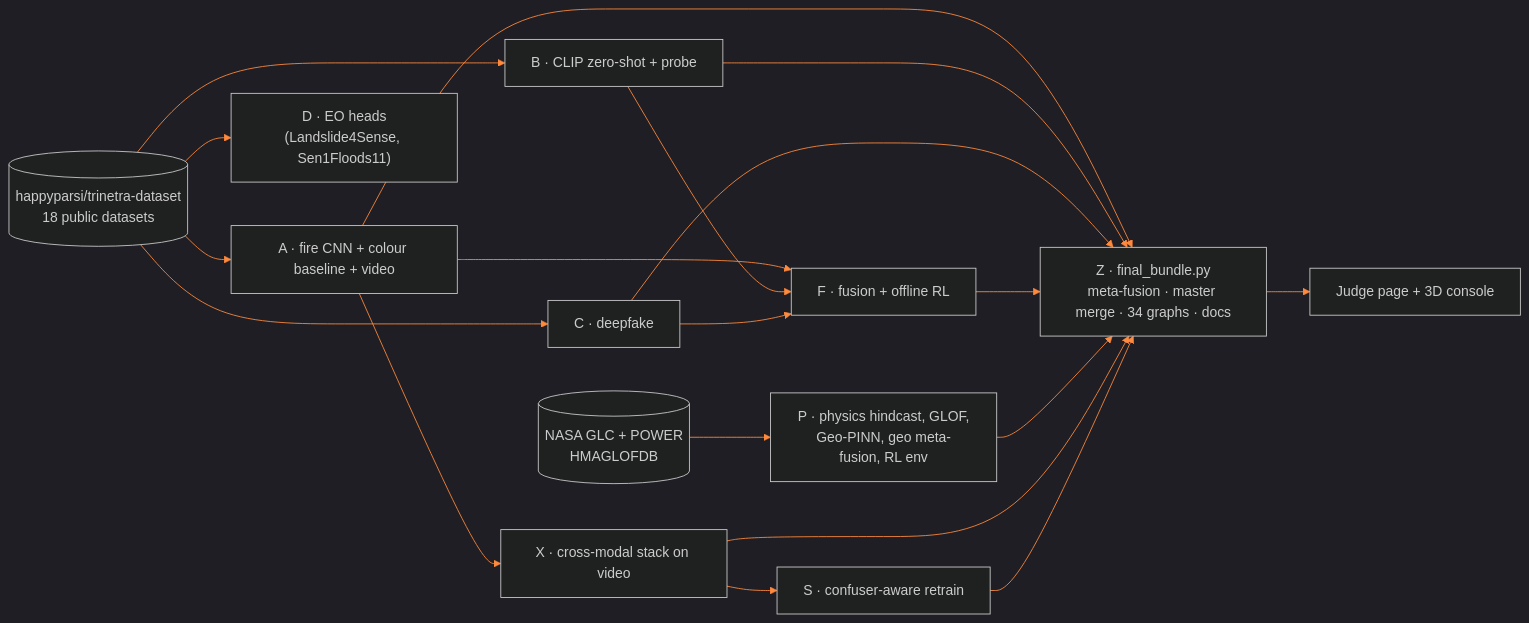
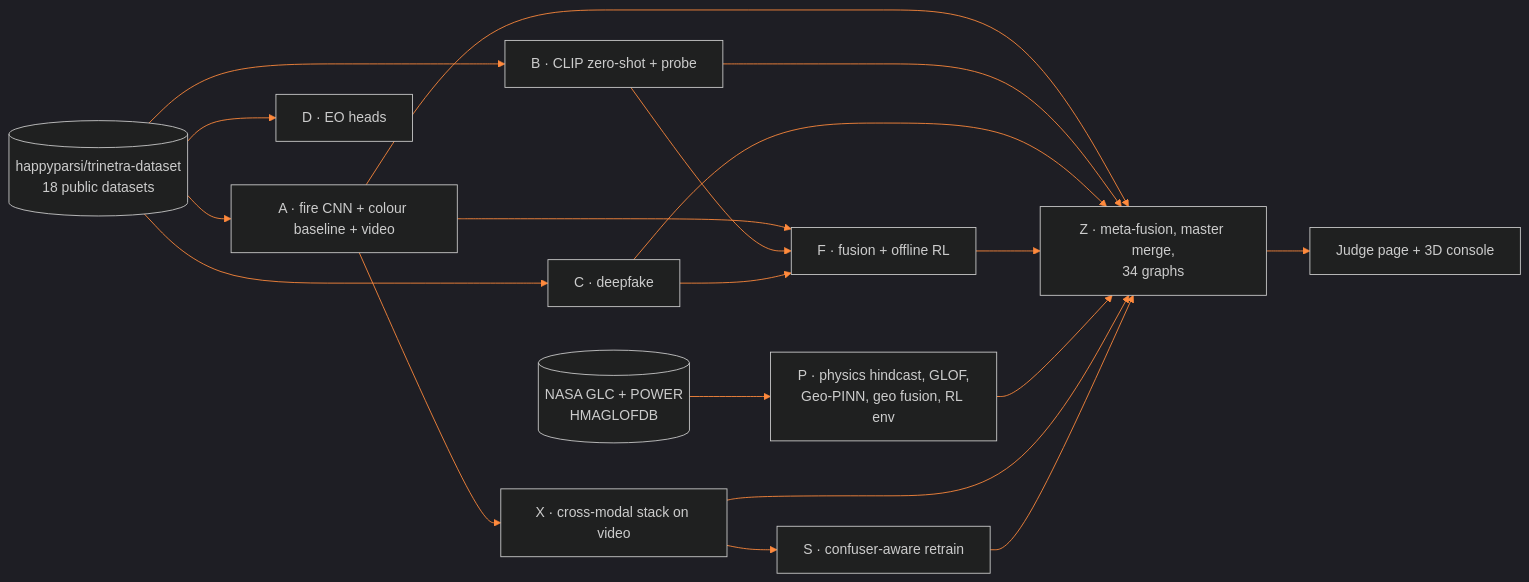
Before and after one commit to saksham1253/TRINETRA-Advanced-Physics-RL-Meta-Fusion-Offline-Alert-Deepfake-Detection: the third of 3 diagrams in README.md, drawn with Mermaid. The commit also changed other lines of this file, not shown here.

First line of the commit message:
docs: Upgrade comprehensive README with 18-chapter structure and high-res figure analysis

````diff
--- a/README.md
+++ b/README.md
@@ -137,14 +822,14 @@
 ```mermaid
 %%{init: {'theme':'dark','themeVariables':{'background':'#0d0a09','primaryColor':'#211916','primaryTextColor':'#f7efe8','primaryBorderColor':'#ff6a1a','lineColor':'#ff8a3d'}}}%%
 flowchart LR
   DS[("happyparsi/trinetra-dataset<br/>18 public datasets")] --> A["A · fire CNN + colour baseline + video"]
   DS --> B["B · CLIP zero-shot + probe"]
   DS --> C["C · deepfake"]
-  DS --> Dd["D · EO heads<br/>(Landslide4Sense, Sen1Floods11)"]
-  NASA[("NASA GLC + POWER<br/>HMAGLOFDB")] --> P["P · physics hindcast, GLOF,<br/>Geo-PINN, geo meta-fusion, RL env"]
+  DS --> Dd["D · EO heads"]
+  NASA[("NASA GLC + POWER<br/>HMAGLOFDB")] --> P["P · physics hindcast, GLOF,<br/>Geo-PINN, geo fusion, RL env"]
   A & B & C --> F["F · fusion + offline RL"]
   A --> X["X · cross-modal stack on video"]
   X --> S["S · confuser-aware retrain"]
-  A & B & C & F & P & X & S --> Z["Z · final_bundle.py<br/>meta-fusion · master merge · 34 graphs · docs"]
+  A & B & C & F & P & X & S --> Z["Z · meta-fusion, master merge,<br/>34 graphs"]
   Z --> FE["Judge page + 3D console"]
 ```
````
